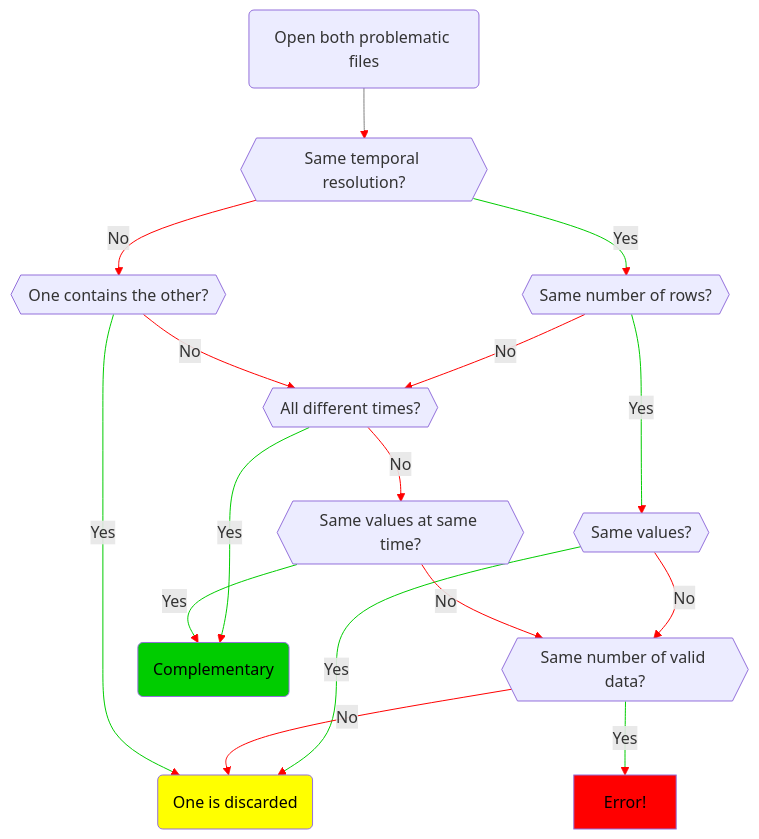
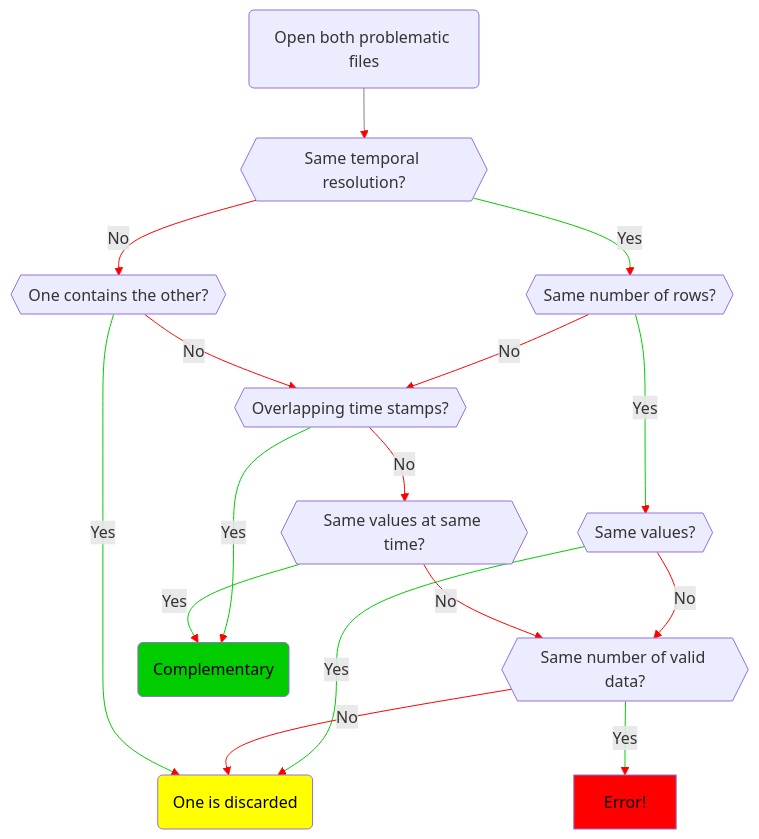
The second of 3 diagrams in v.1.0.0/README.md (GRINS-Spoke0-WP2/AQ-EEA), drawn with Mermaid before and after one commit.

````diff
--- a/v.1.0.0/README.md
+++ b/v.1.0.0/README.md
@@ -53,25 +53,25 @@
 ```mermaid
 graph TD;
 a(Open both problematic files)-->b{{Same temporal resolution?}}
 
 b -->|Yes| c{{Same number of rows?}}
 c -->|Yes| sv{{Same values?}}
 sv -->|Yes| d(One is discarded):::disc
 sv -->|No| f{{Same number of valid data?}}
 f -->|No| d
 f -->|Yes| e[Error!]:::err
-c -->|No| t{{All different times?}}
+c -->|No| t{{Overlapping time stamps?}}
 t -->|Yes| cc(Complementary):::comp
 t -->|No| dt{{Same values at same time?}}
 dt -->|Yes| cc
 dt -->|No| f
 b -->|No| oc{{One contains the other?}}
 oc -->|Yes| d
 oc -->|No| t
 classDef err fill:#ff0000,color:#000000
 classDef disc fill:#ffff00,color:#000000
 classDef comp fill:#00cc00,color:#000000
 linkStyle default stroke:#ff0000
 linkStyle 0 stroke:gray
 linkStyle 1,2,3,6,8,10,13 stroke:#00cc00
 ```
````
